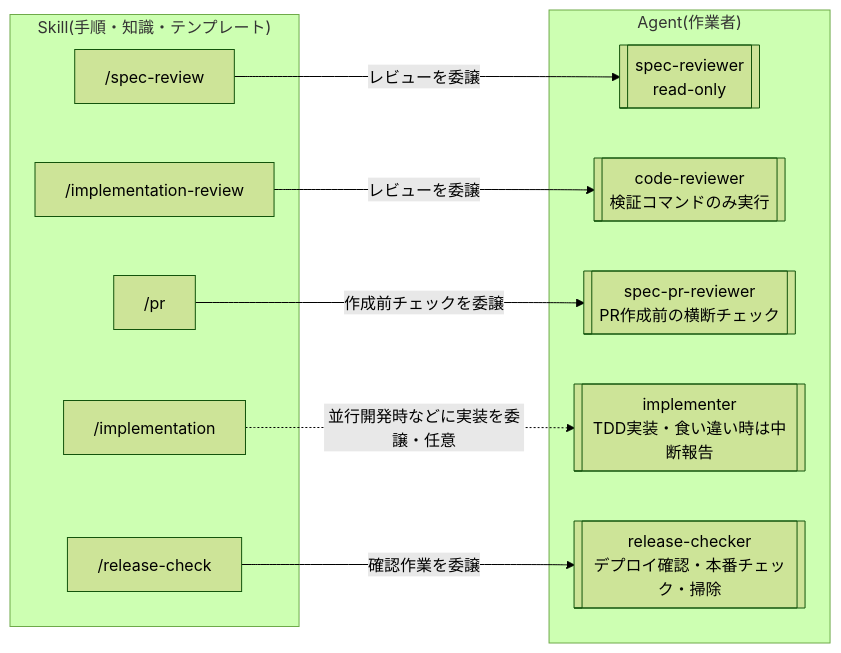
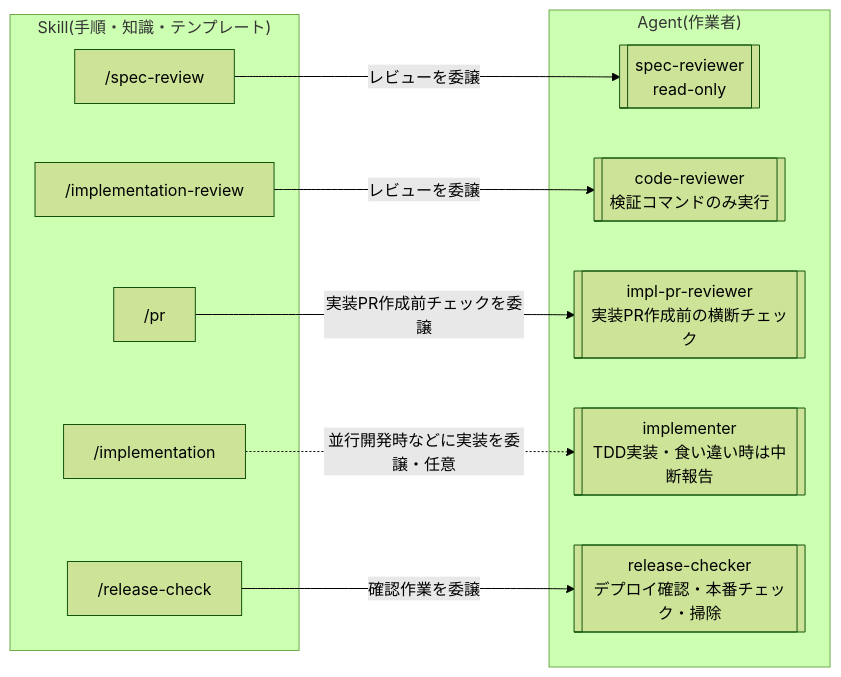
One commit to zakiyama0108/benriyatool changed the third of 3 diagrams in docs/adr/0002-skill-agent-separation.md. Above: the diagram before and after it, drawn with Mermaid (forest theme). The commit also changed other lines of this file and 3 other files, not shown here.

````diff
--- a/docs/adr/0002-skill-agent-separation.md
+++ b/docs/adr/0002-skill-agent-separation.md
@@ -108,24 +108,24 @@
 ```mermaid
 flowchart LR
     subgraph skills["Skill(手順・知識・テンプレート)"]
         s_specreview["/spec-review"]
         s_implreview["/implementation-review"]
         s_pr["/pr"]
         s_impl["/implementation"]
         s_release["/release-check"]
     end
 
     subgraph agents["Agent(作業者)"]
         specreviewer[["spec-reviewer<br>read-only"]]
         codereviewer[["code-reviewer<br>検証コマンドのみ実行"]]
-        specprreviewer[["spec-pr-reviewer<br>PR作成前の横断チェック"]]
+        implprreviewer[["impl-pr-reviewer<br>実装PR作成前の横断チェック"]]
         implementer[["implementer<br>TDD実装・食い違い時は中断報告"]]
         releasechecker[["release-checker<br>デプロイ確認・本番チェック・掃除"]]
     end
 
     s_specreview -->|レビューを委譲| specreviewer
     s_implreview -->|レビューを委譲| codereviewer
-    s_pr -->|作成前チェックを委譲| specprreviewer
+    s_pr -->|実装PR作成前チェックを委譲| implprreviewer
     s_impl -.並行開発時などに実装を委譲・任意.-> implementer
     s_release -->|確認作業を委譲| releasechecker
 ```
````
